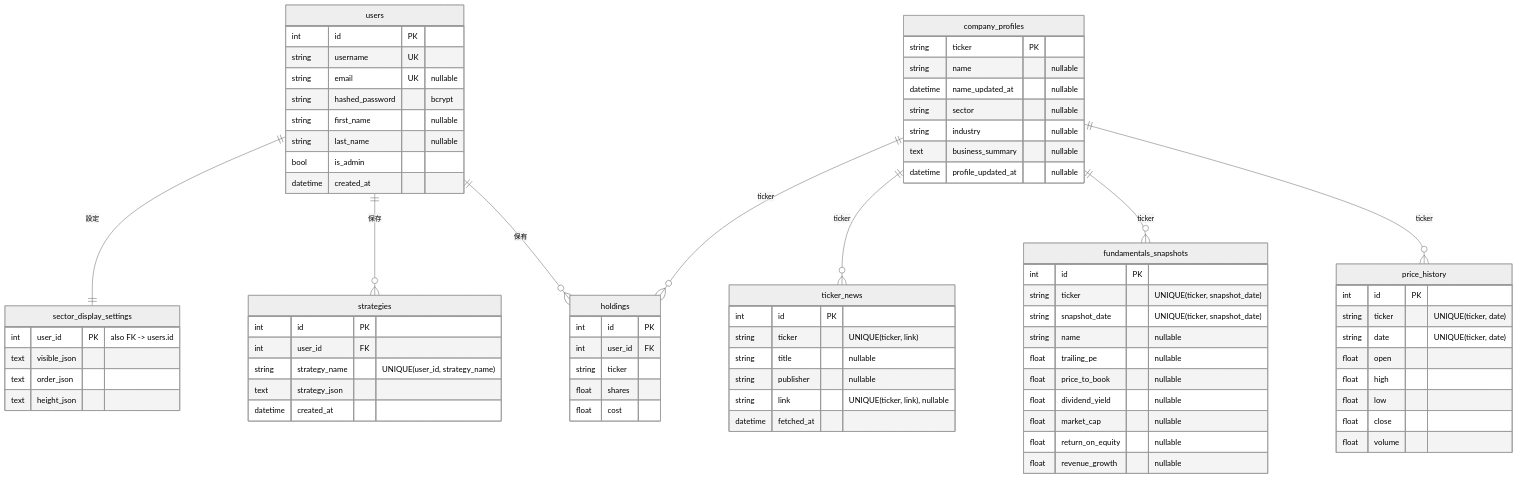
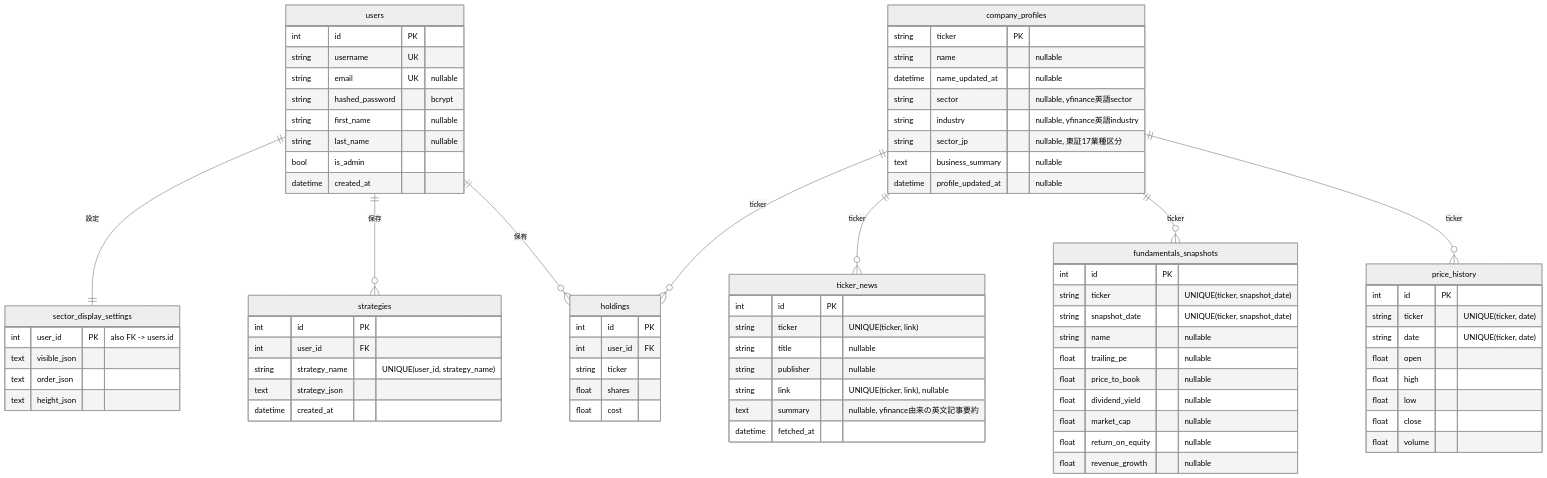
Diagram 13 of 13 in app/docs/app-design.md (duwenji/ai-stock-investing-tutorial), drawn with Mermaid (neutral theme) before and after one commit. The commit also changed other lines of this file, not shown here.

````diff
--- a/app/docs/app-design.md
+++ b/app/docs/app-design.md
@@ -968,80 +1177,82 @@
 ```mermaid
 erDiagram
     users ||--o{ holdings : "保有"
     users ||--o{ strategies : "保存"
     users ||--|| sector_display_settings : "設定"
     company_profiles ||--o{ price_history : "ticker"
     company_profiles ||--o{ fundamentals_snapshots : "ticker"
     company_profiles ||--o{ ticker_news : "ticker"
     company_profiles ||--o{ holdings : "ticker"
 
     users {
         int id PK
         string username UK
         string email UK "nullable"
         string hashed_password "bcrypt"
         string first_name "nullable"
         string last_name "nullable"
         bool is_admin
         datetime created_at
     }
     holdings {
         int id PK
         int user_id FK
         string ticker
         float shares
         float cost
     }
     strategies {
         int id PK
         int user_id FK
         string strategy_name "UNIQUE(user_id, strategy_name)"
         text strategy_json
         datetime created_at
     }
     sector_display_settings {
         int user_id PK "also FK -> users.id"
         text visible_json
         text order_json
         text height_json
     }
     price_history {
         int id PK
         string ticker "UNIQUE(ticker, date)"
         string date "UNIQUE(ticker, date)"
         float open
         float high
         float low
         float close
         float volume
     }
     fundamentals_snapshots {
         int id PK
         string ticker "UNIQUE(ticker, snapshot_date)"
         string snapshot_date "UNIQUE(ticker, snapshot_date)"
         string name "nullable"
         float trailing_pe "nullable"
         float price_to_book "nullable"
         float dividend_yield "nullable"
         float market_cap "nullable"
         float return_on_equity "nullable"
         float revenue_growth "nullable"
     }
     company_profiles {
         string ticker PK
         string name "nullable"
         datetime name_updated_at "nullable"
-        string sector "nullable"
-        string industry "nullable"
+        string sector "nullable, yfinance英語sector"
+        string industry "nullable, yfinance英語industry"
+        string sector_jp "nullable, 東証17業種区分"
         text business_summary "nullable"
         datetime profile_updated_at "nullable"
     }
     ticker_news {
         int id PK
         string ticker "UNIQUE(ticker, link)"
         string title "nullable"
         string publisher "nullable"
         string link "UNIQUE(ticker, link), nullable"
+        text summary "nullable, yfinance由来の英文記事要約"
         datetime fetched_at
     }
 ```
````
